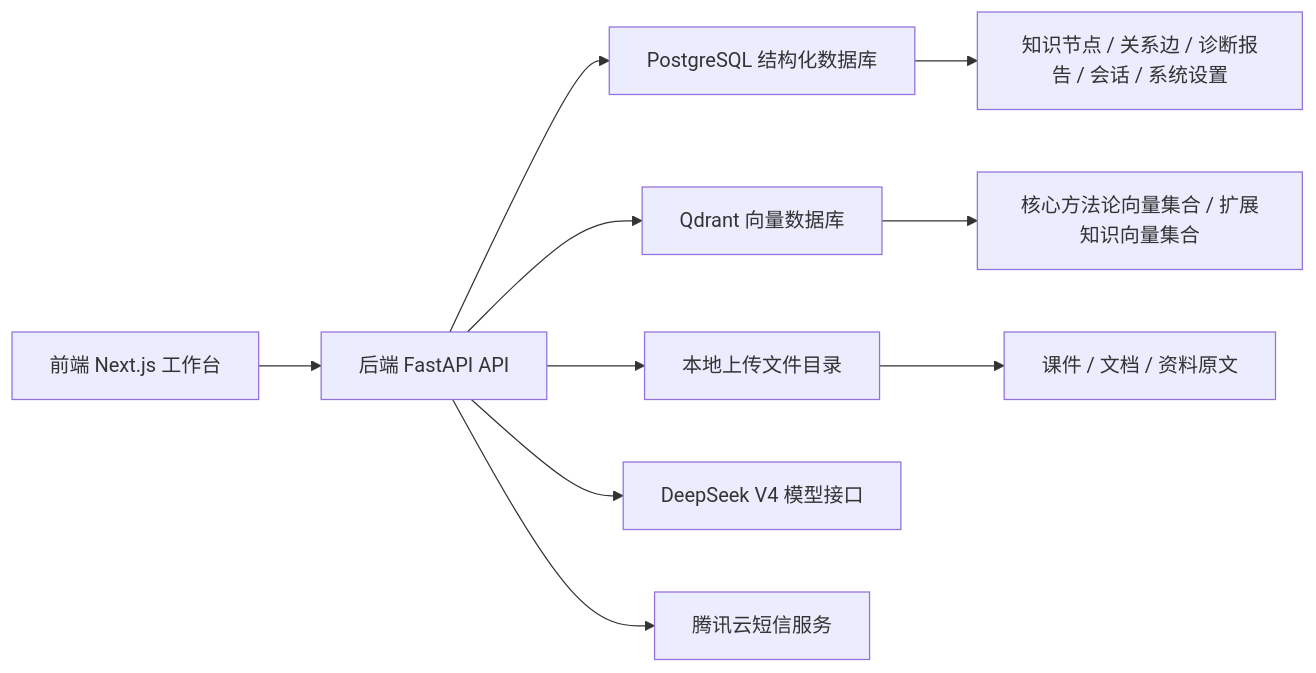
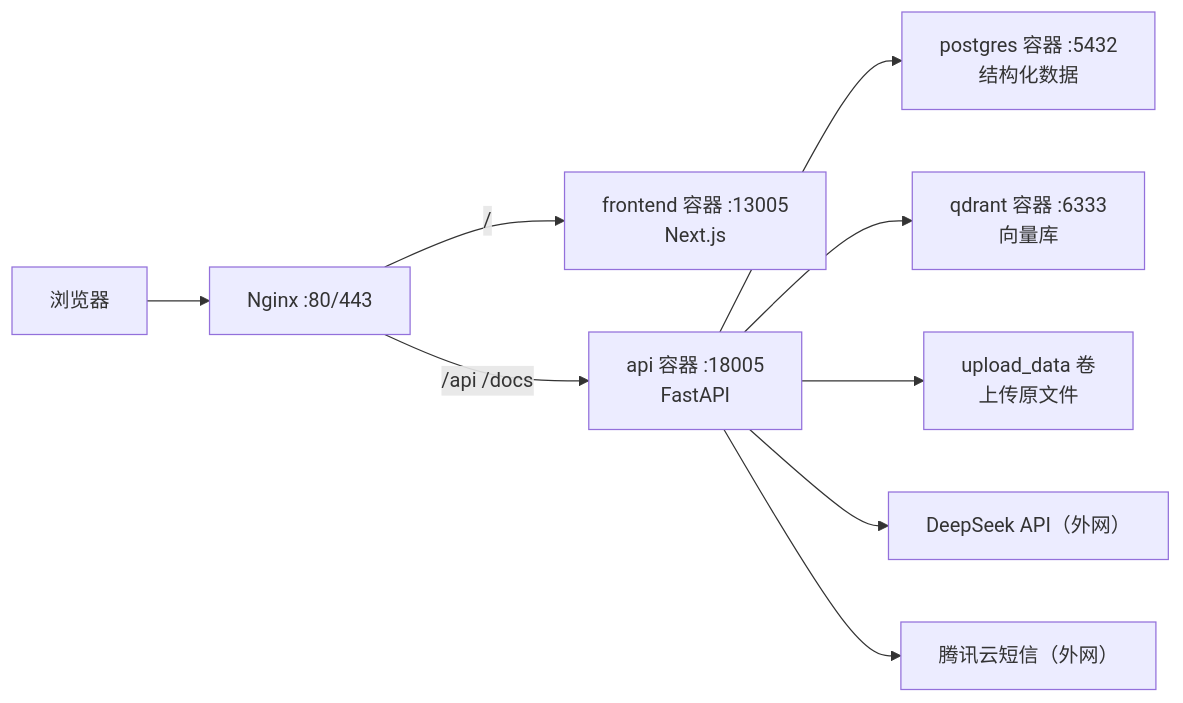
The diagram in docs/香港服务器部署文档.md (dengyier/IPM-IMC_Agent), drawn with Mermaid before and after one commit. The commit also changed other lines of this file and 9 other files, not shown here.

````diff
--- a/docs/香港服务器部署文档.md
+++ b/docs/香港服务器部署文档.md
@@ -28,12 +35,11 @@
 ```mermaid
 flowchart LR
-    A["前端 Next.js 工作台"] --> B["后端 FastAPI API"]
-    B --> C["PostgreSQL 结构化数据库"]
-    B --> D["Qdrant 向量数据库"]
-    B --> E["本地上传文件目录"]
-    B --> F["DeepSeek V4 模型接口"]
-    B --> G["腾讯云短信服务"]
-    C --> H["知识节点 / 关系边 / 诊断报告 / 会话 / 系统设置"]
-    D --> I["核心方法论向量集合 / 扩展知识向量集合"]
-    E --> J["课件 / 文档 / 资料原文"]
+    U["浏览器"] --> N["Nginx :80/443"]
+    N -->|/| F["frontend 容器 :13005<br/>Next.js"]
+    N -->|/api /docs| A["api 容器 :18005<br/>FastAPI"]
+    A --> P["postgres 容器 :5432<br/>结构化数据"]
+    A --> Q["qdrant 容器 :6333<br/>向量库"]
+    A --> S["upload_data 卷<br/>上传原文件"]
+    A --> D["DeepSeek API（外网）"]
+    A --> T["腾讯云短信（外网）"]
 ```
````
